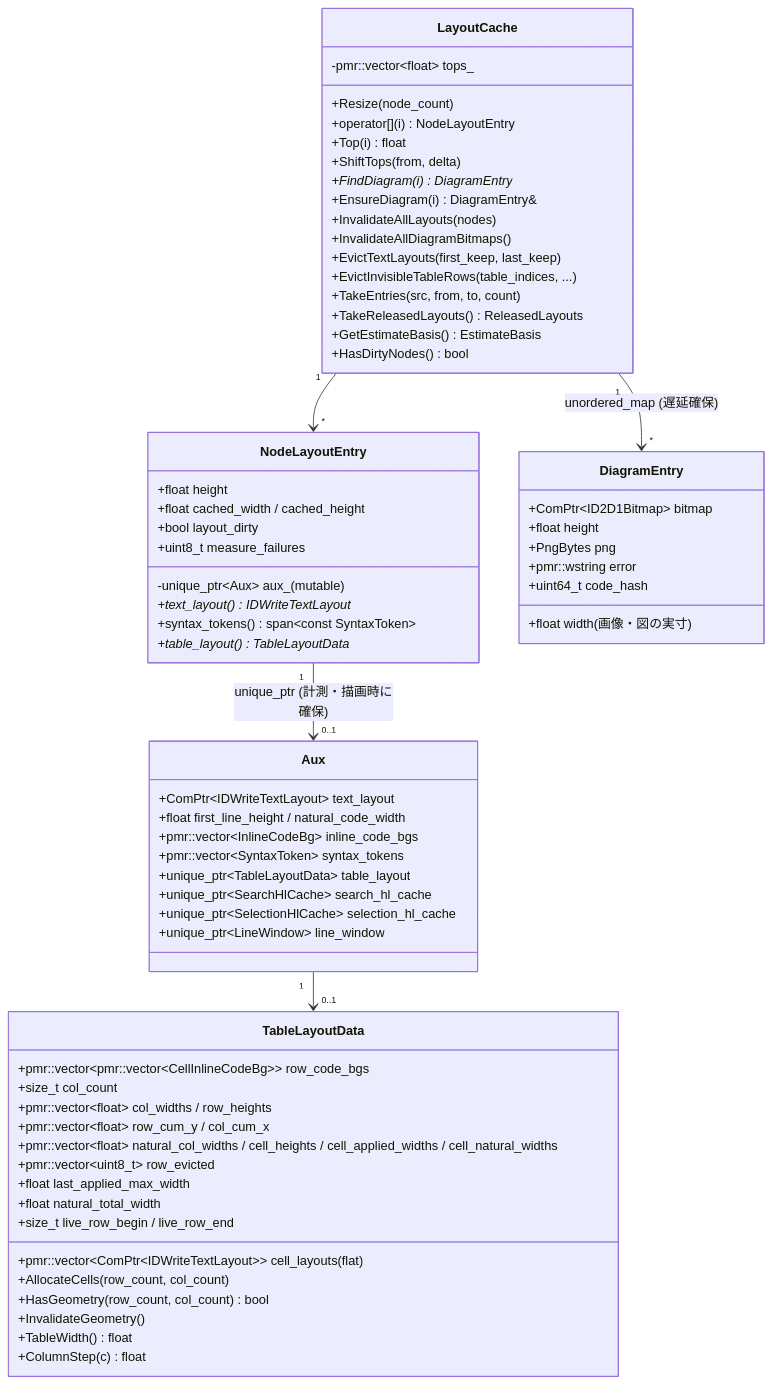
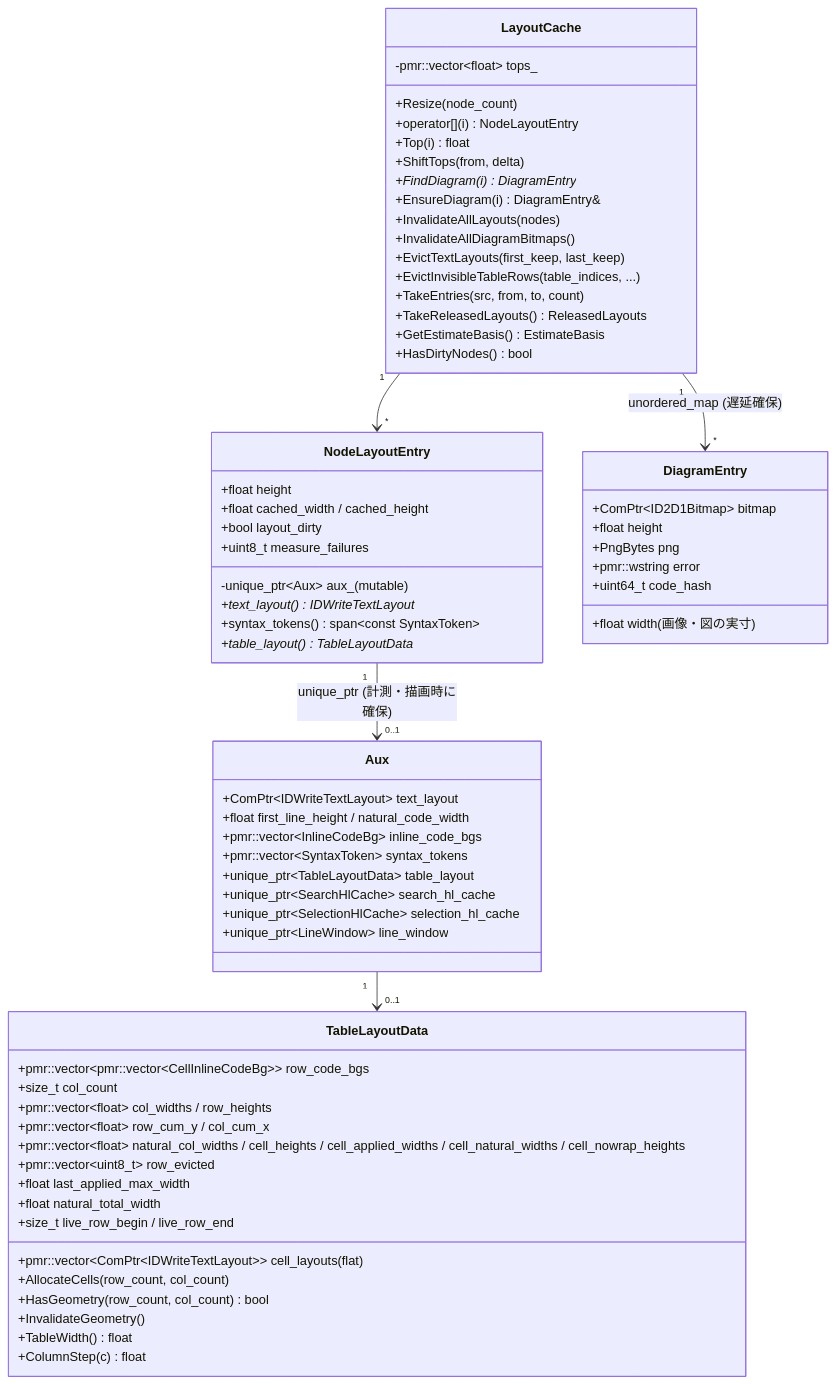
One commit to tanaton/mendo changed diagram 16 of 27 in example/test.md. Above: the diagram before and after it, drawn with Mermaid. The commit also changed other lines of this file and 34 other files, not shown here.

````diff
--- a/example/test.md
+++ b/example/test.md
@@ -2930,74 +2954,74 @@
 ```mermaid
 classDiagram
     class LayoutCache {
         +Resize(node_count)
         +operator[](i) NodeLayoutEntry
         +Top(i) float
         +ShiftTops(from, delta)
         +FindDiagram(i) DiagramEntry*
         +EnsureDiagram(i) DiagramEntry&
         +InvalidateAllLayouts(nodes)
         +InvalidateAllDiagramBitmaps()
         +EvictTextLayouts(first_keep, last_keep)
         +EvictInvisibleTableRows(table_indices, ...)
         +TakeEntries(src, from, to, count)
         +TakeReleasedLayouts() ReleasedLayouts
         +GetEstimateBasis() EstimateBasis
         +HasDirtyNodes() bool
         -pmr::vector~float~ tops_
     }
 
     class NodeLayoutEntry {
         +float height
         +float cached_width / cached_height
         +bool layout_dirty
         +uint8_t measure_failures
         -unique_ptr~Aux~ aux_ (mutable)
         +text_layout() IDWriteTextLayout*
         +syntax_tokens() span~const SyntaxToken~
         +table_layout() TableLayoutData*
     }
 
     class Aux {
         +ComPtr~IDWriteTextLayout~ text_layout
         +float first_line_height / natural_code_width
         +pmr::vector~InlineCodeBg~ inline_code_bgs
         +pmr::vector~SyntaxToken~ syntax_tokens
         +unique_ptr~TableLayoutData~ table_layout
         +unique_ptr~SearchHlCache~ search_hl_cache
         +unique_ptr~SelectionHlCache~ selection_hl_cache
         +unique_ptr~LineWindow~ line_window
     }
 
     class TableLayoutData {
         +pmr::vector~ComPtr~IDWriteTextLayout~~ cell_layouts (flat)
         +pmr::vector~pmr::vector~CellInlineCodeBg~~ row_code_bgs
         +size_t col_count
         +pmr::vector~float~ col_widths / row_heights
         +pmr::vector~float~ row_cum_y / col_cum_x
-        +pmr::vector~float~ natural_col_widths / cell_heights / cell_applied_widths / cell_natural_widths
+        +pmr::vector~float~ natural_col_widths / cell_heights / cell_applied_widths / cell_natural_widths / cell_nowrap_heights
         +pmr::vector~uint8_t~ row_evicted
         +float last_applied_max_width
         +float natural_total_width
         +size_t live_row_begin / live_row_end
         +AllocateCells(row_count, col_count)
         +HasGeometry(row_count, col_count) bool
         +InvalidateGeometry()
         +TableWidth() float
         +ColumnStep(c) float
     }
 
     class DiagramEntry {
         +ComPtr~ID2D1Bitmap~ bitmap
         +float width (画像・図の実寸)
         +float height
         +PngBytes png
         +pmr::wstring error
         +uint64_t code_hash
     }
 
     LayoutCache "1" --> "*" NodeLayoutEntry
     LayoutCache "1" --> "*" DiagramEntry : unordered_map (遅延確保)
     NodeLayoutEntry "1" --> "0..1" Aux : unique_ptr (計測・描画時に確保)
     Aux "1" --> "0..1" TableLayoutData
 ```
````
